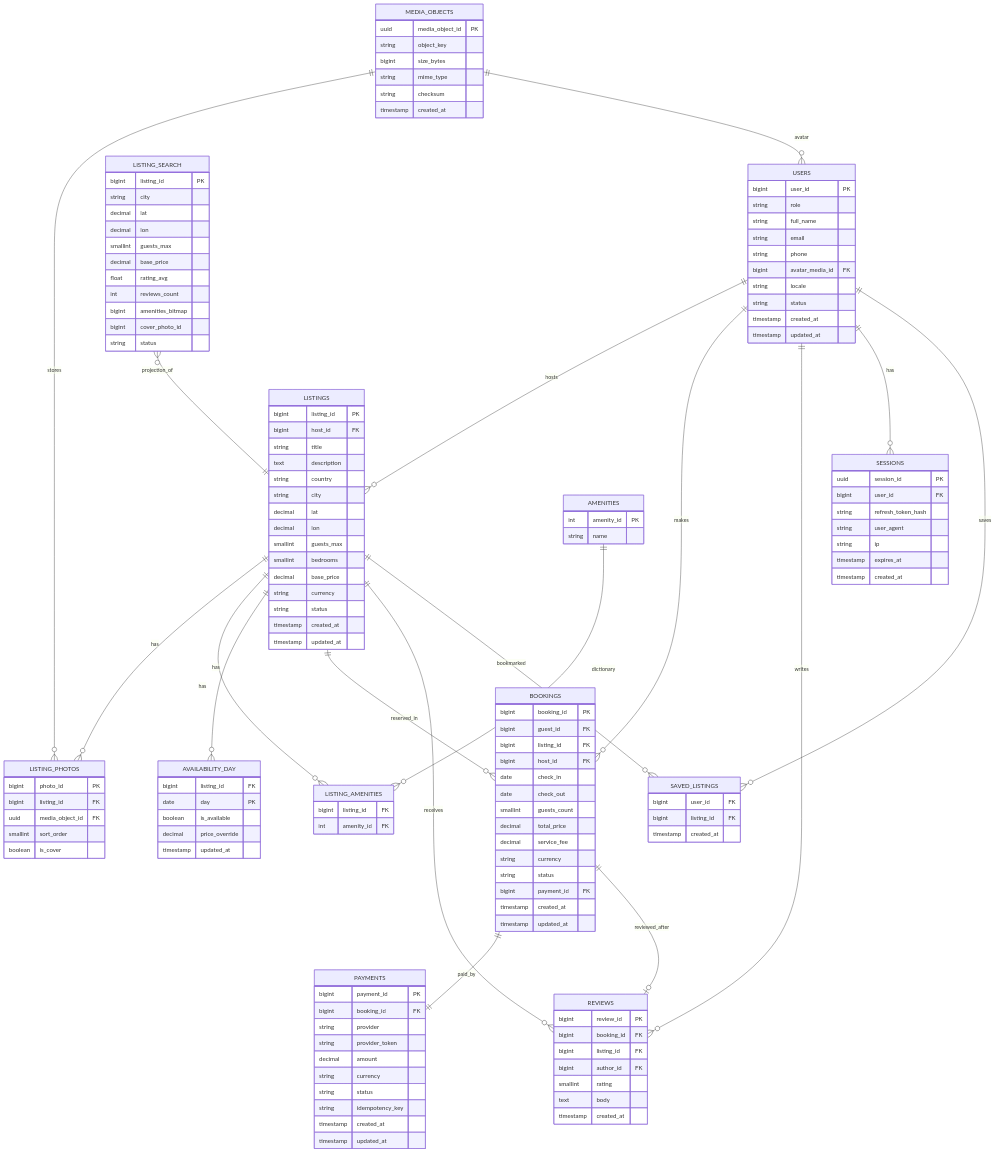
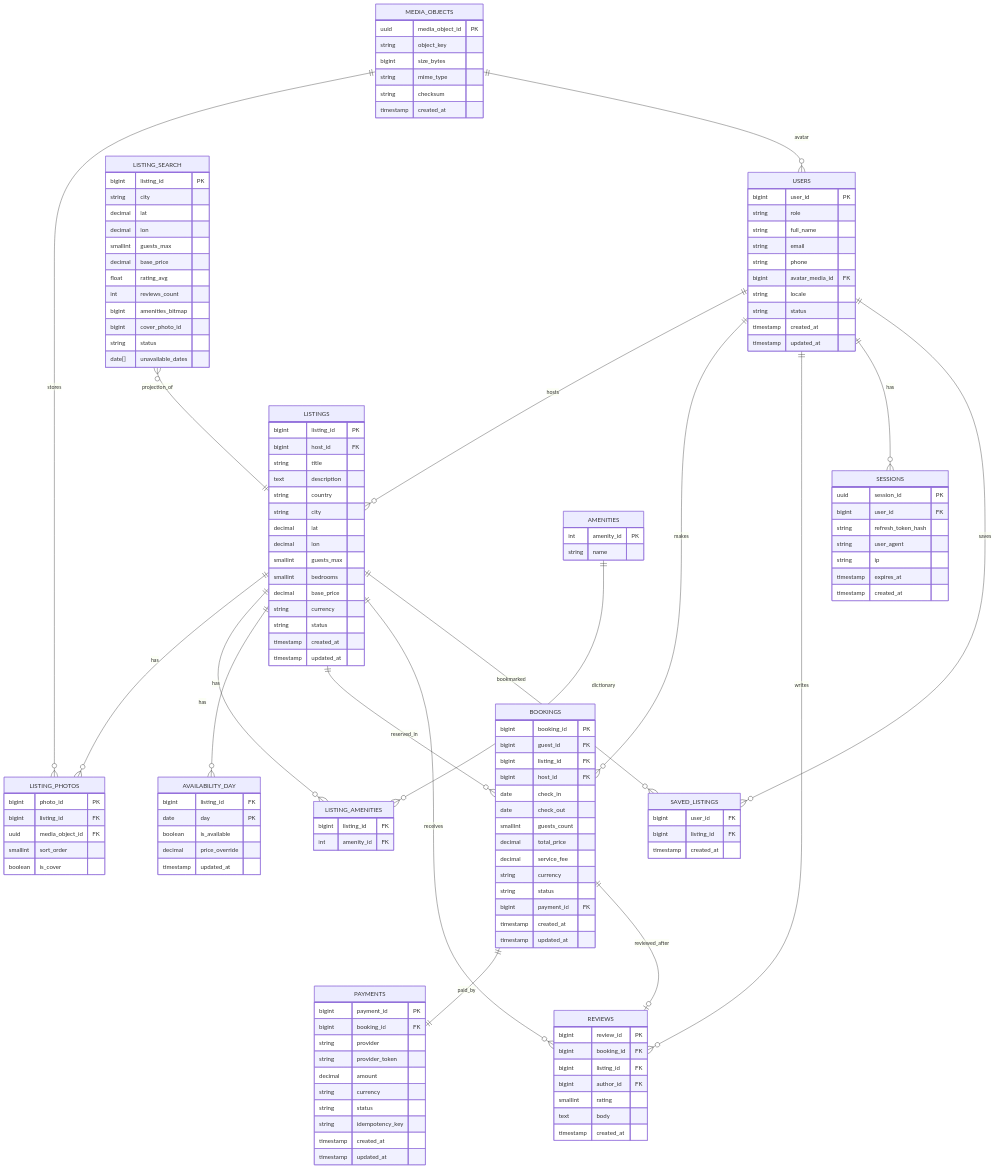
The third of 4 diagrams in README.md (kolenkoal/Designing-High-Load-Systems), drawn with Mermaid before and after one commit. The commit also changed other lines of this file, not shown here.

```diff
--- a/README.md
+++ b/README.md
@@ -526,6 +526,7 @@
         bigint amenities_bitmap
         bigint cover_photo_id
         string status
+        date[] unavailable_dates
     }
 
     LISTING_PHOTOS {
```
